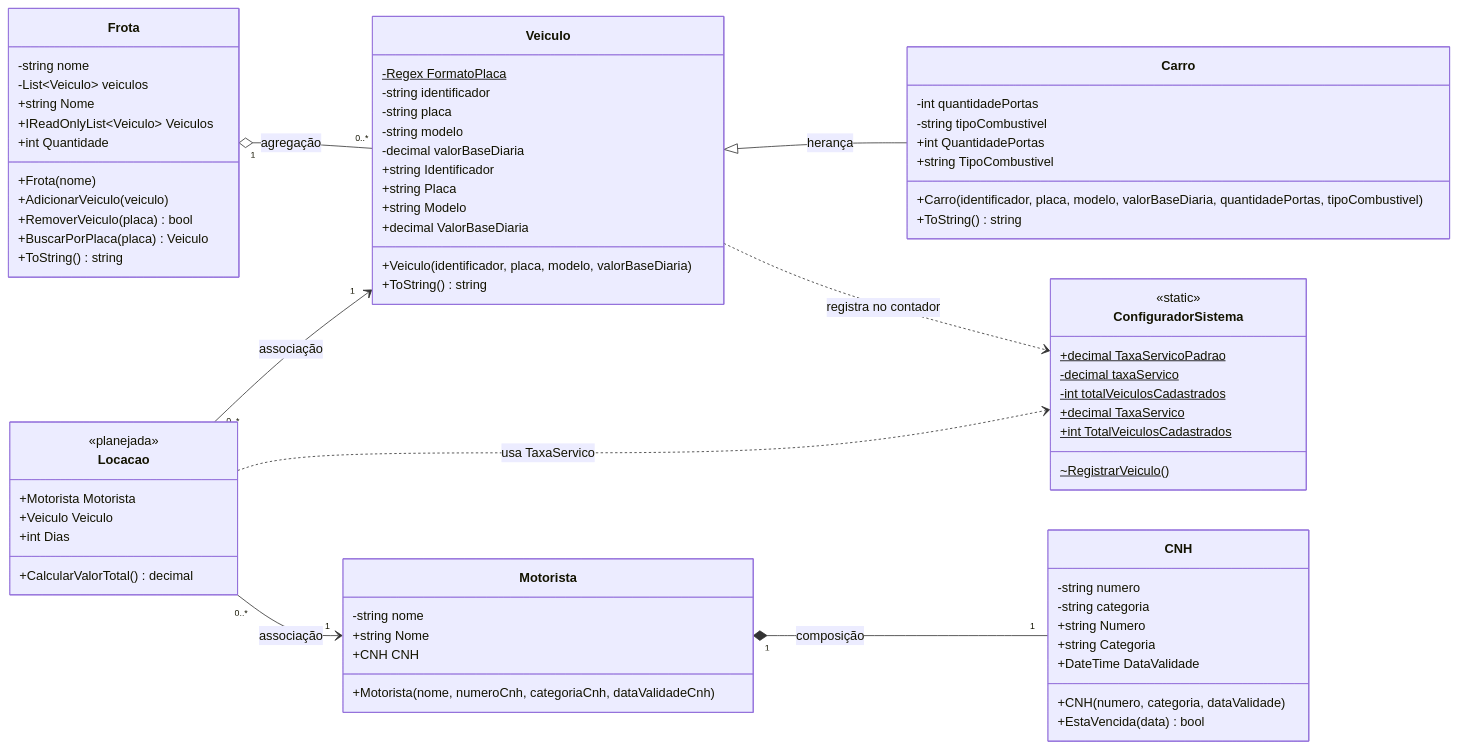
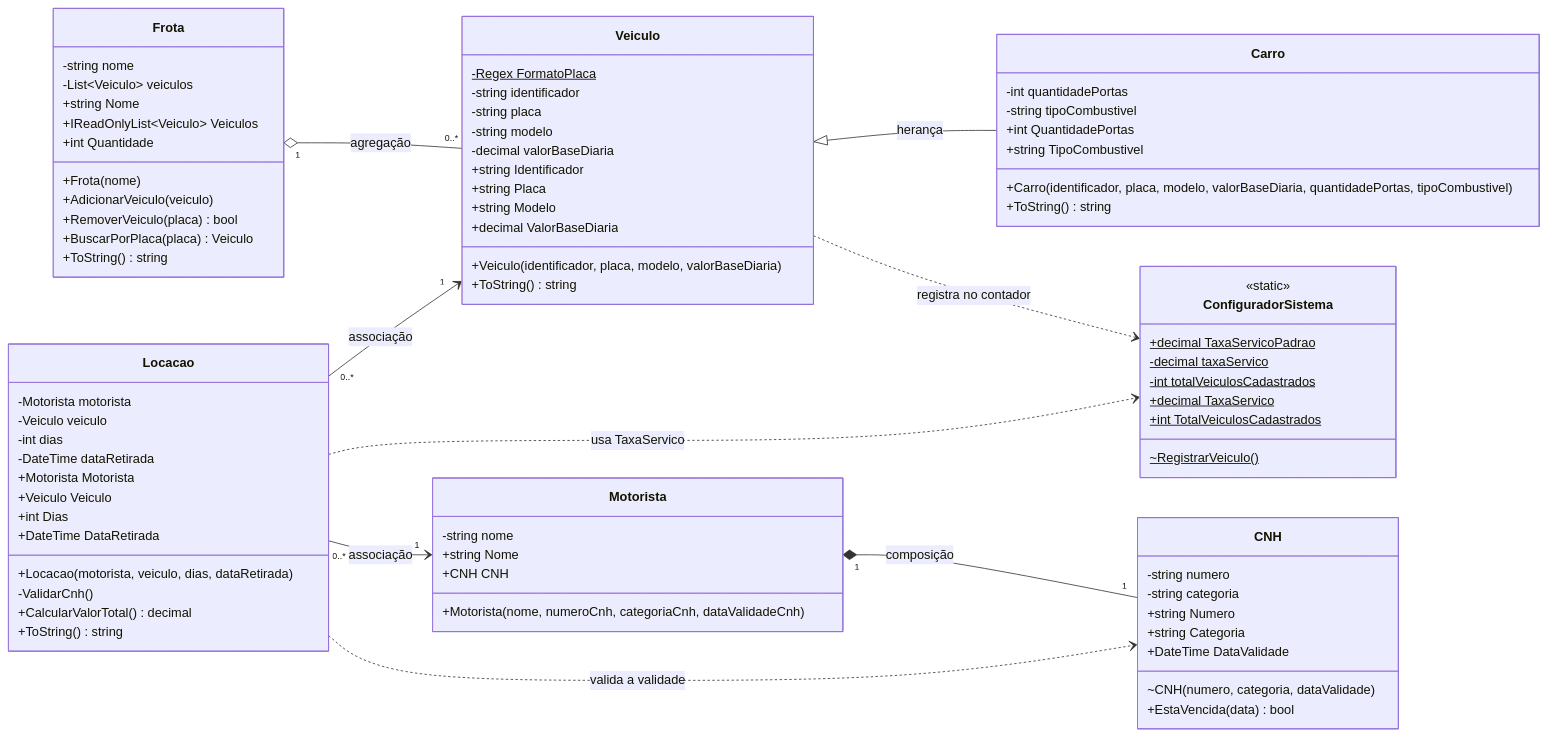
One commit to Gabriel-Srs/UrbanDrive changed the diagram in UrbanDrive.ConsoleApp/docs/diagramas/diagrama-classes.md. Above: the diagram before and after it, drawn with Mermaid. The commit also changed other lines of this file, not shown here.

Commit message:
docs: atualiza diagrama de classes com Locacao implementada

````diff
--- a/UrbanDrive.ConsoleApp/docs/diagramas/diagrama-classes.md
+++ b/UrbanDrive.ConsoleApp/docs/diagramas/diagrama-classes.md
@@ -64,7 +64,7 @@
     class CNH {
         -string numero
         -string categoria
-        +CNH(numero, categoria, dataValidade)
+        ~CNH(numero, categoria, dataValidade)
         +string Numero
         +string Categoria
         +DateTime DataValidade
@@ -72,11 +72,18 @@
     }
 
     class Locacao {
-        <<planejada>>
+        -Motorista motorista
+        -Veiculo veiculo
+        -int dias
+        -DateTime dataRetirada
+        +Locacao(motorista, veiculo, dias, dataRetirada)
         +Motorista Motorista
         +Veiculo Veiculo
         +int Dias
+        +DateTime DataRetirada
+        -ValidarCnh()
         +CalcularValorTotal() decimal
+        +ToString() string
     }
 
     Veiculo <|-- Carro : herança
@@ -86,4 +93,5 @@
     Locacao "0..*" --> "1" Veiculo : associação
     Veiculo ..> ConfiguradorSistema : registra no contador
     Locacao ..> ConfiguradorSistema : usa TaxaServico
+    Locacao ..> CNH : valida a validade
 ```
````
